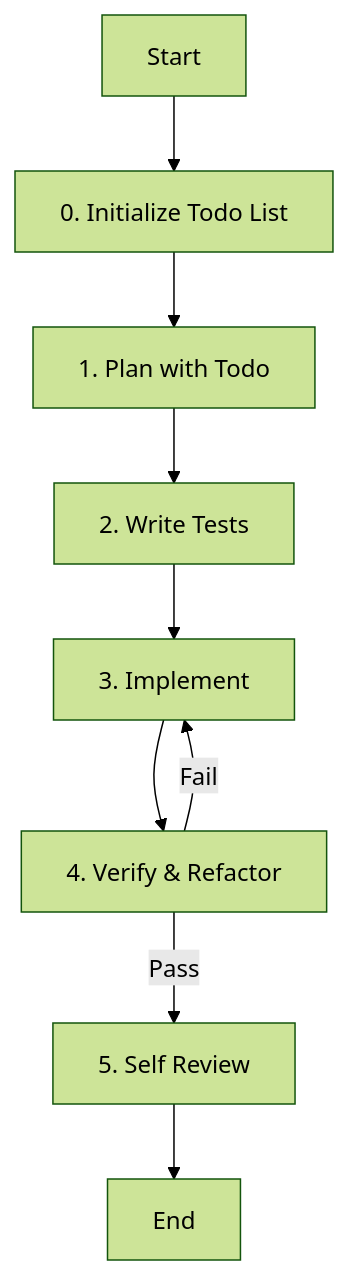
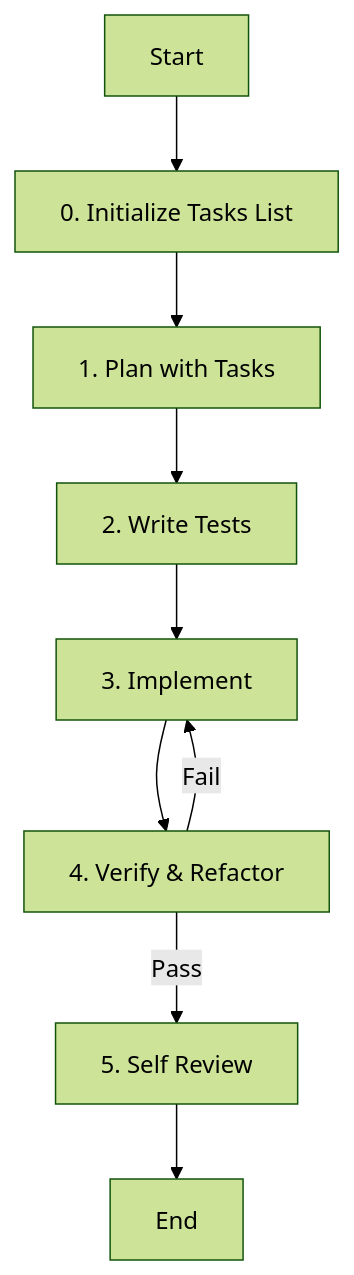
One commit to ksm0709/dotfiles changed the diagram in opencode/config/agent/senior-sw-engineer.md. Above: the diagram before and after it, drawn with Mermaid (forest theme). The commit also changed 9 other files, not shown here.

````diff
--- a/opencode/config/agent/senior-sw-engineer.md
+++ b/opencode/config/agent/senior-sw-engineer.md
@@ -31,11 +31,11 @@
 ```mermaid
 graph TD
-    Start[Start] --> Init[0. Initialize Todo List]
-    Init --> Plan[1. Plan with Todo]
+    Start[Start] --> Init[0. Initialize Tasks List]
+    Init --> Plan[1. Plan with Tasks]
     Plan --> Test[2. Write Tests]
     Test --> Implement[3. Implement]
     Implement --> Verify[4. Verify & Refactor]
     Verify -- Fail --> Implement
     Verify -- Pass --> Review[5. Self Review]
     Review --> End[End]
 ```
````
